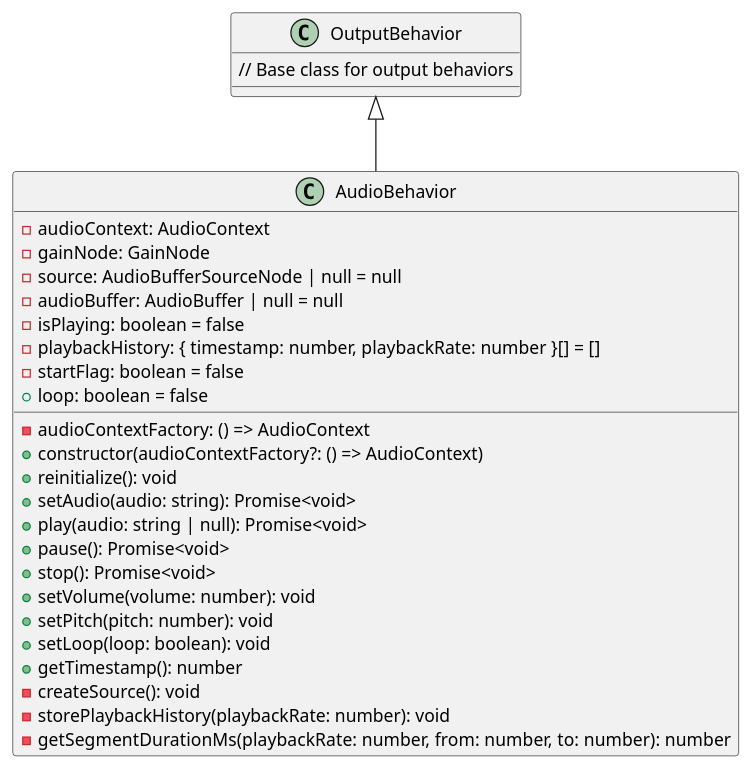
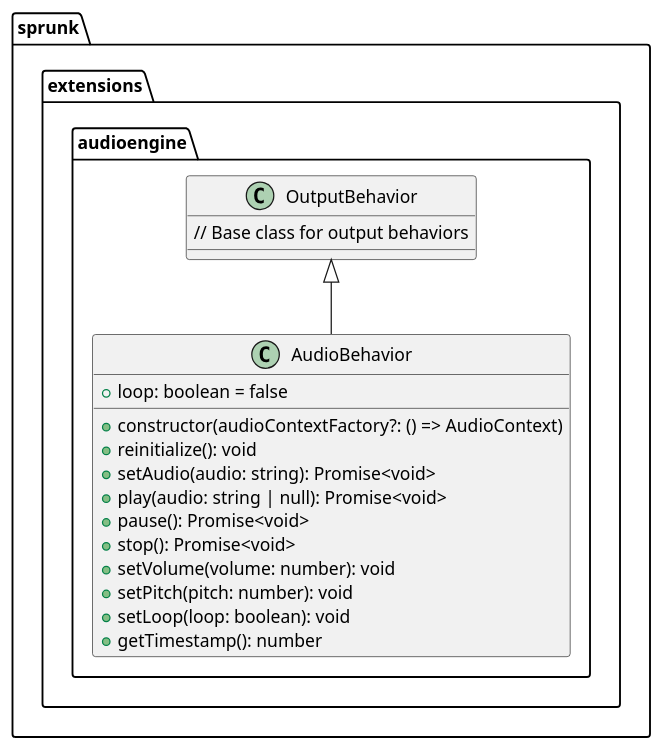
One commit to CPNV-ES/game-engine changed the diagram in doc/extensions/audio-engine/class-diagram.puml. Above: the diagram before and after it, drawn with PlantUML. The commit also changed 4 other files, not shown here.

Commit message:
feat: enhance class diagrams (uniformize by providing packages)

```diff
--- a/doc/extensions/audio-engine/class-diagram.puml
+++ b/doc/extensions/audio-engine/class-diagram.puml
@@ -1,36 +1,25 @@
 @startuml 
 
+package sprunk.extensions.audioengine {
+    class OutputBehavior {
+      // Base class for output behaviors
+    }
 
-class OutputBehavior {
-  // Base class for output behaviors
-}
-
-class AudioBehavior {
-  - audioContextFactory: () => AudioContext
-  - audioContext: AudioContext
-  - gainNode: GainNode
-  - source: AudioBufferSourceNode | null = null
-  - audioBuffer: AudioBuffer | null = null
-  - isPlaying: boolean = false
-  - playbackHistory: { timestamp: number, playbackRate: number }[] = []
-  - startFlag: boolean = false
-  + loop: boolean = false
-
-  + constructor(audioContextFactory?: () => AudioContext)
-  + reinitialize(): void
-  + setAudio(audio: string): Promise<void>
-  + play(audio: string | null): Promise<void>
-  + pause(): Promise<void>
-  + stop(): Promise<void>
-  + setVolume(volume: number): void
-  + setPitch(pitch: number): void
-  + setLoop(loop: boolean): void
-  + getTimestamp(): number
-  - createSource(): void
-  - storePlaybackHistory(playbackRate: number): void
-  - getSegmentDurationMs(playbackRate: number, from: number, to: number): number
+    class AudioBehavior {
+      + loop: boolean = false
+      + constructor(audioContextFactory?: () => AudioContext)
+      + reinitialize(): void
+      + setAudio(audio: string): Promise<void>
+      + play(audio: string | null): Promise<void>
+      + pause(): Promise<void>
+      + stop(): Promise<void>
+      + setVolume(volume: number): void
+      + setPitch(pitch: number): void
+      + setLoop(loop: boolean): void
+      + getTimestamp(): number
+    }
 }
 
 AudioBehavior -up-|> OutputBehavior
 
 @enduml
```
